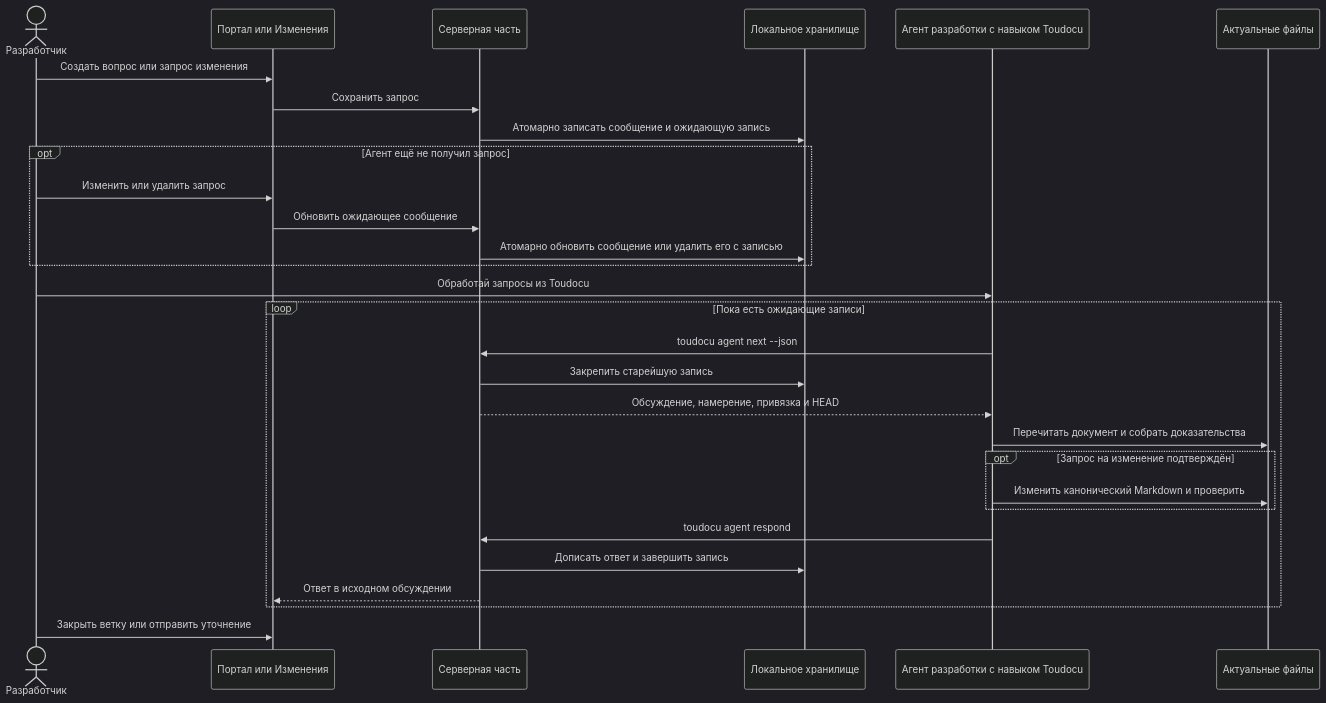
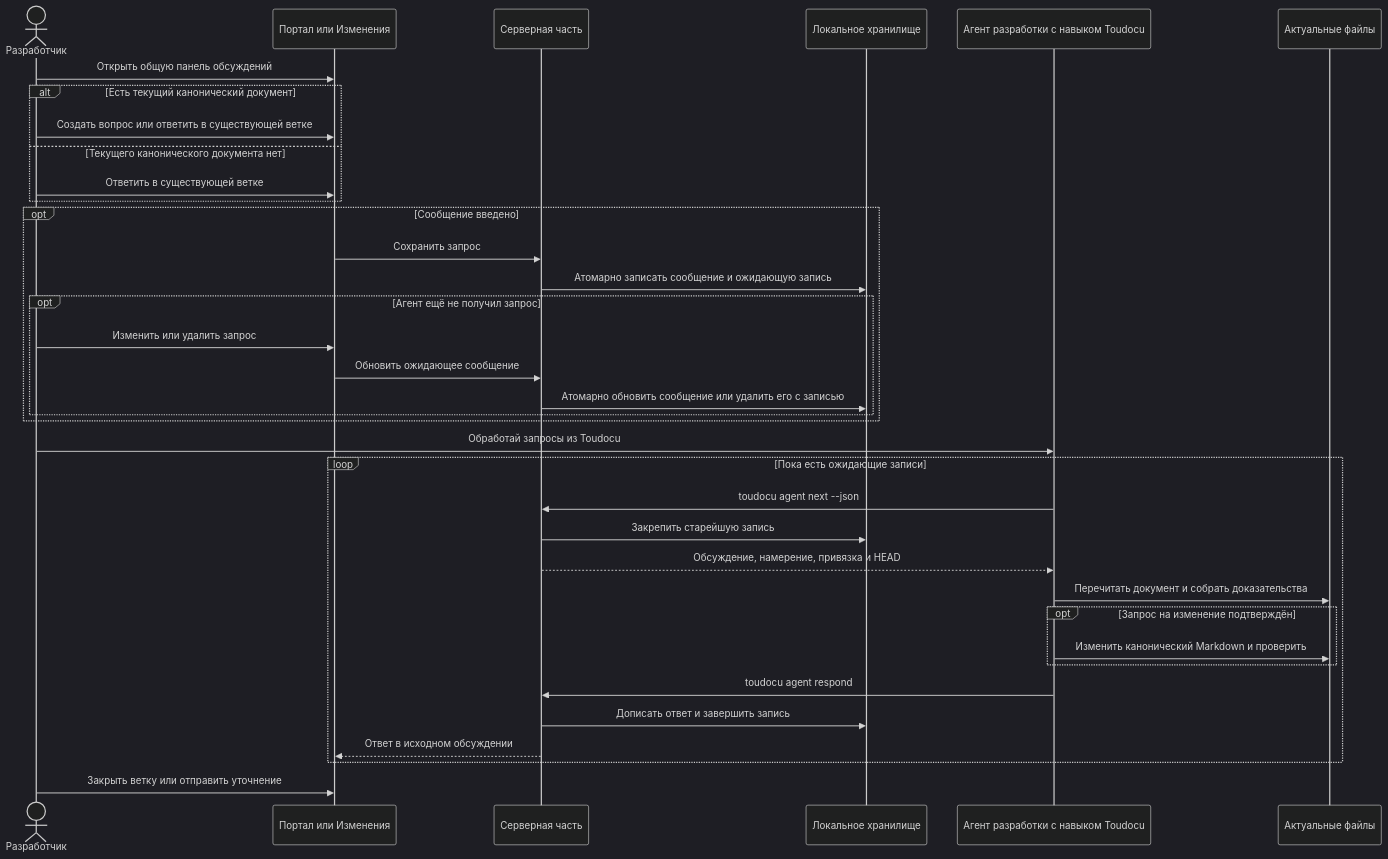
Before and after one commit to lumenikoly/toudocu: the diagram in docs/flows/FLOW-AGENT-FEEDBACK.md, drawn with Mermaid (dark theme). The commit also changed other lines of this file and 73 other files, not shown here.

````diff
--- a/docs/flows/FLOW-AGENT-FEEDBACK.md
+++ b/docs/flows/FLOW-AGENT-FEEDBACK.md
@@ -10,32 +10,39 @@
 ```mermaid
 sequenceDiagram
     actor Human as Разработчик
     participant UI as Портал или Изменения
     participant Core as Серверная часть
     participant Store as Локальное хранилище
     participant Agent as Агент разработки с навыком Toudocu
     participant Files as Актуальные файлы
 
-    Human->>UI: Создать вопрос или запрос изменения
-    UI->>Core: Сохранить запрос
-    Core->>Store: Атомарно записать сообщение и ожидающую запись
-    opt Агент ещё не получил запрос
-        Human->>UI: Изменить или удалить запрос
-        UI->>Core: Обновить ожидающее сообщение
-        Core->>Store: Атомарно обновить сообщение или удалить его с записью
+    Human->>UI: Открыть общую панель обсуждений
+    alt Есть текущий канонический документ
+        Human->>UI: Создать вопрос или ответить в существующей ветке
+    else Текущего канонического документа нет
+        Human->>UI: Ответить в существующей ветке
+    end
+    opt Сообщение введено
+        UI->>Core: Сохранить запрос
+        Core->>Store: Атомарно записать сообщение и ожидающую запись
+        opt Агент ещё не получил запрос
+            Human->>UI: Изменить или удалить запрос
+            UI->>Core: Обновить ожидающее сообщение
+            Core->>Store: Атомарно обновить сообщение или удалить его с записью
+        end
     end
     Human->>Agent: Обработай запросы из Toudocu
     loop Пока есть ожидающие записи
         Agent->>Core: toudocu agent next --json
         Core->>Store: Закрепить старейшую запись
         Core-->>Agent: Обсуждение, намерение, привязка и HEAD
         Agent->>Files: Перечитать документ и собрать доказательства
         opt Запрос на изменение подтверждён
             Agent->>Files: Изменить канонический Markdown и проверить
         end
         Agent->>Core: toudocu agent respond
         Core->>Store: Дописать ответ и завершить запись
         Core-->>UI: Ответ в исходном обсуждении
     end
     Human->>UI: Закрыть ветку или отправить уточнение
 ```
````
